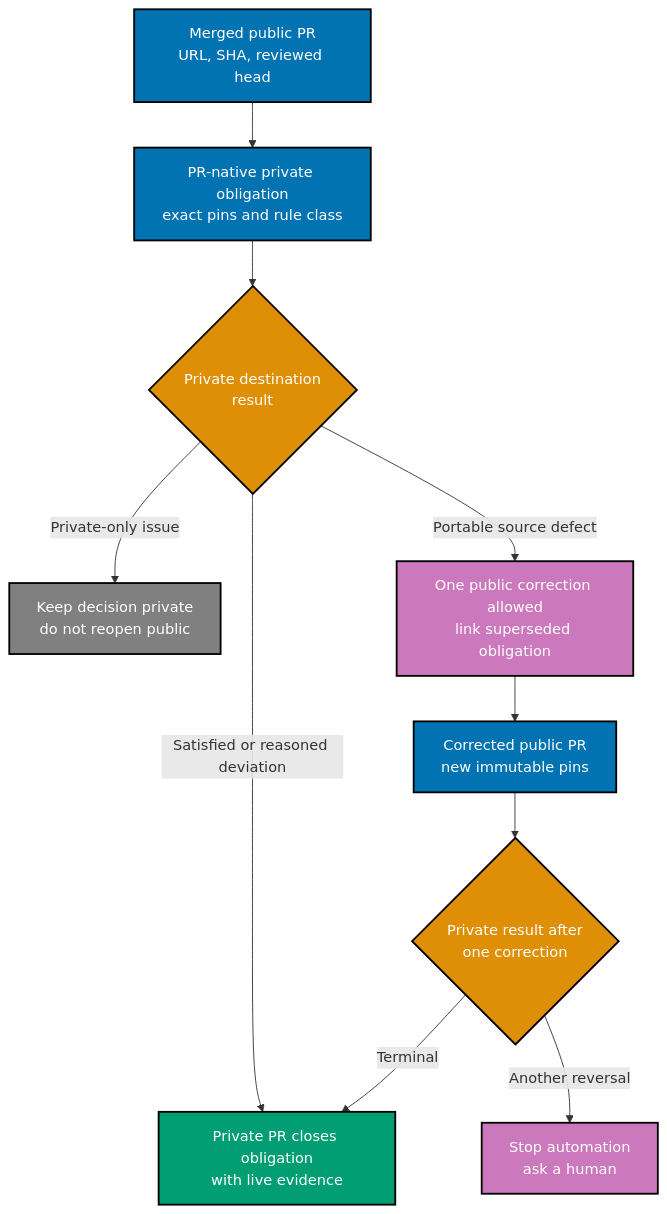
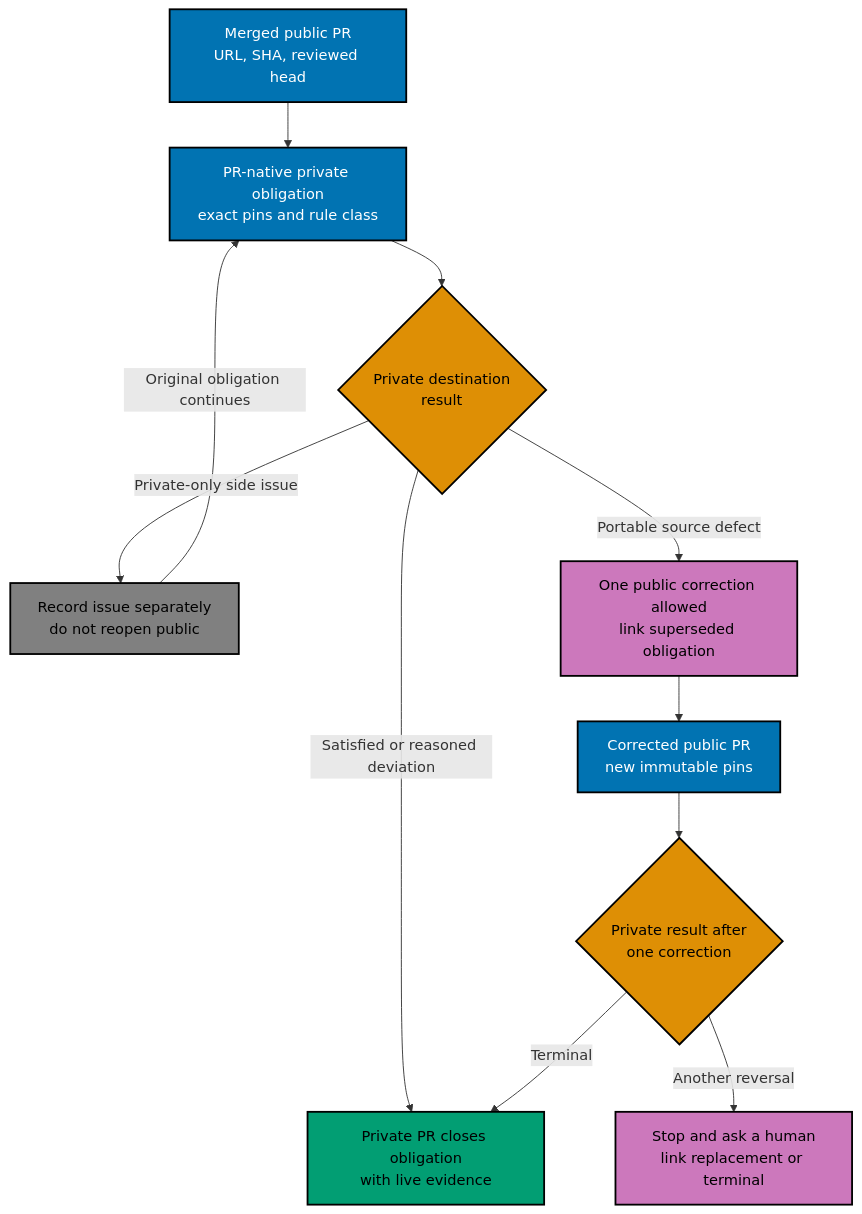
Before and after one commit to wahidyankf/open-sharia-fintech: the second of 3 diagrams in plans/in-progress/optimize-pr-process/tech-docs.md, drawn with Mermaid. The commit also changed other lines of this file and 1 other file, not shown here.

````diff
--- a/plans/in-progress/optimize-pr-process/tech-docs.md
+++ b/plans/in-progress/optimize-pr-process/tech-docs.md
@@ -121,20 +124,21 @@
 ```mermaid
 %% Color Palette: Blue #0173B2, Orange #DE8F05, Teal #029E73, Purple #CC78BC, Gray #808080
 flowchart TD
     accTitle: Public rule propagation and bounded private adaptation
     accDescr: A green public merge creates one pinned private obligation. Private work either closes it, records a private-only decision, or requests one public correction. A second reversal stops for human judgment.
     P["Merged public PR<br/>URL, SHA, reviewed head"]:::blue --> O["PR-native private obligation<br/>exact pins and rule class"]:::blue
     O --> A{"Private destination<br/>result"}:::orange
     A -->|Satisfied or reasoned deviation| C["Private PR closes obligation<br/>with live evidence"]:::teal
-    A -->|Private-only issue| V["Keep decision private<br/>do not reopen public"]:::gray
+    A -->|Private-only side issue| V["Record issue separately<br/>do not reopen public"]:::gray
+    V -->|Original obligation continues| O
     A -->|Portable source defect| F["One public correction allowed<br/>link superseded obligation"]:::purple
     F --> P2["Corrected public PR<br/>new immutable pins"]:::blue
     P2 --> A2{"Private result after<br/>one correction"}:::orange
     A2 -->|Terminal| C
-    A2 -->|Another reversal| H["Stop automation<br/>ask a human"]:::purple
+    A2 -->|Another reversal| H["Stop and ask a human<br/>link replacement or terminal"]:::purple
     classDef blue fill:#0173B2,stroke:#000000,color:#FFFFFF,stroke-width:2px
-    classDef orange fill:#DE8F05,stroke:#000000,color:#FFFFFF,stroke-width:2px
-    classDef teal fill:#029E73,stroke:#000000,color:#FFFFFF,stroke-width:2px
-    classDef purple fill:#CC78BC,stroke:#000000,color:#FFFFFF,stroke-width:2px
-    classDef gray fill:#808080,stroke:#000000,color:#FFFFFF,stroke-width:2px
+    classDef orange fill:#DE8F05,stroke:#000000,color:#000000,stroke-width:2px
+    classDef teal fill:#029E73,stroke:#000000,color:#000000,stroke-width:2px
+    classDef purple fill:#CC78BC,stroke:#000000,color:#000000,stroke-width:2px
+    classDef gray fill:#808080,stroke:#000000,color:#000000,stroke-width:2px
 ```
````
